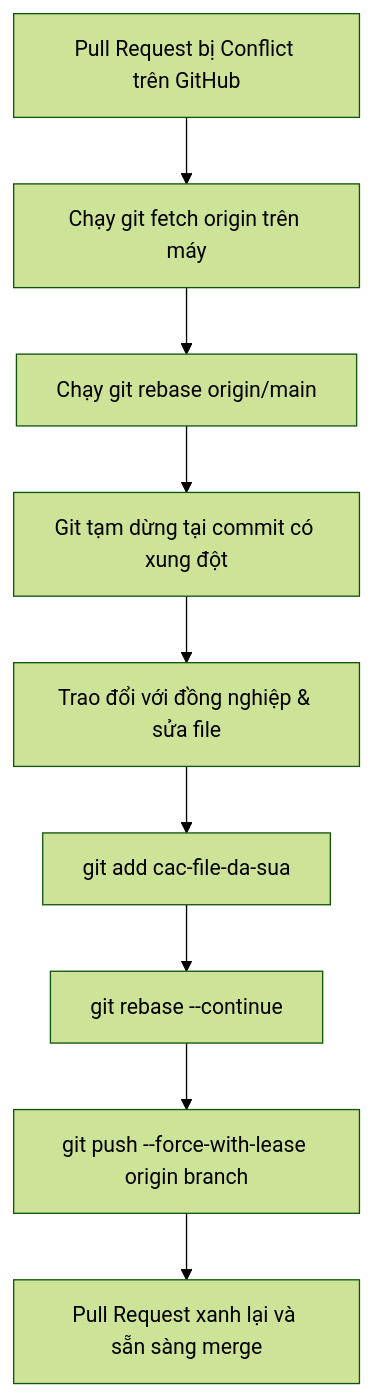
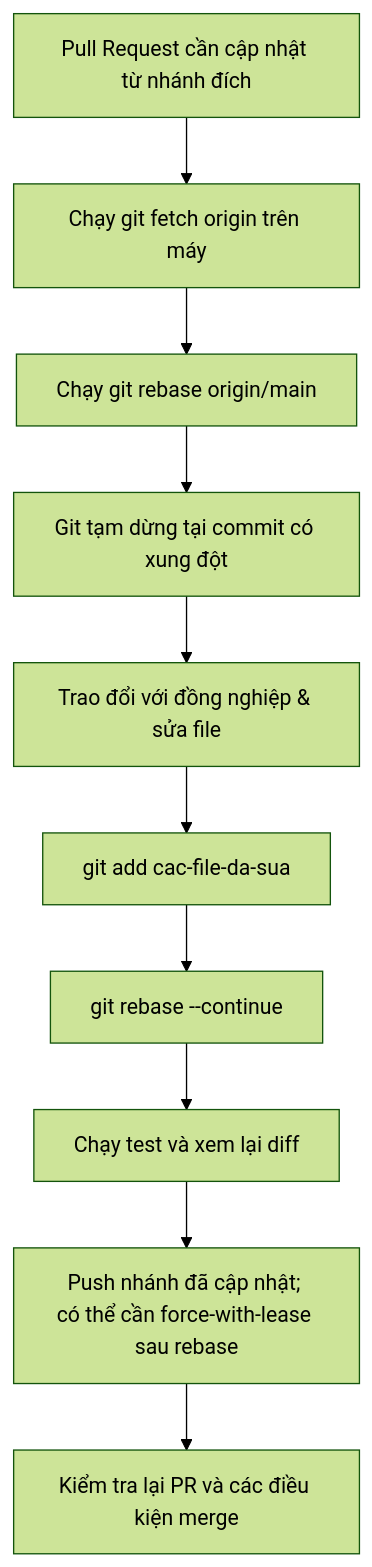
Before and after one commit to maitamdev/Git: the diagram in courses/06-team-workflows/14-team-conflict-scenario/lesson.md, drawn with Mermaid (forest theme). The commit also changed other lines of this file and 478 other files, not shown here.

````diff
--- a/courses/06-team-workflows/14-team-conflict-scenario/lesson.md
+++ b/courses/06-team-workflows/14-team-conflict-scenario/lesson.md
@@ -35,11 +35,12 @@
 ```mermaid
 flowchart TD
-    PR[Pull Request bị Conflict trên GitHub] --> Fetch[Chạy git fetch origin trên máy]
+    PR[Pull Request cần cập nhật từ nhánh đích] --> Fetch[Chạy git fetch origin trên máy]
     Fetch --> Rebase[Chạy git rebase origin/main]
     Rebase --> Stop[Git tạm dừng tại commit có xung đột]
     Stop --> Discuss[Trao đổi với đồng nghiệp & sửa file]
     Discuss --> Add[git add cac-file-da-sua]
     Add --> Cont[git rebase --continue]
-    Cont --> Push[git push --force-with-lease origin branch]
-    Push --> Green[Pull Request xanh lại và sẵn sàng merge]
+    Cont --> Test[Chạy test và xem lại diff]
+    Test --> Push[Push nhánh đã cập nhật; có thể cần force-with-lease sau rebase]
+    Push --> Green[Kiểm tra lại PR và các điều kiện merge]
 ```
````
